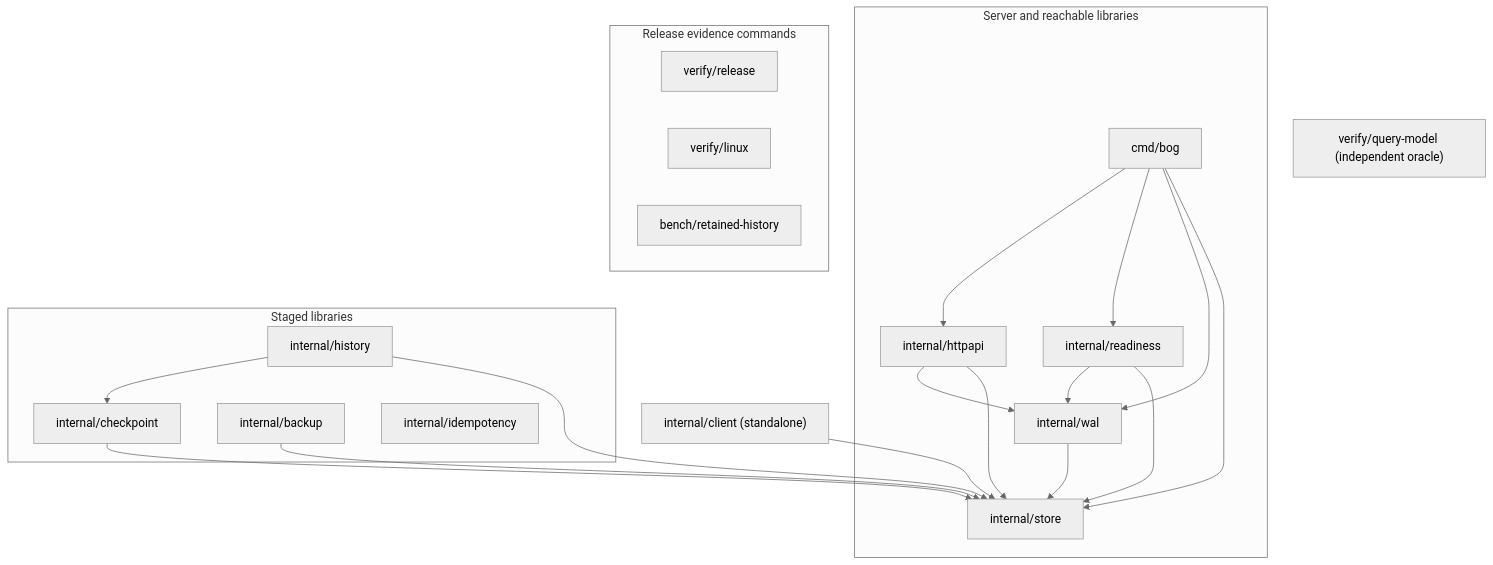
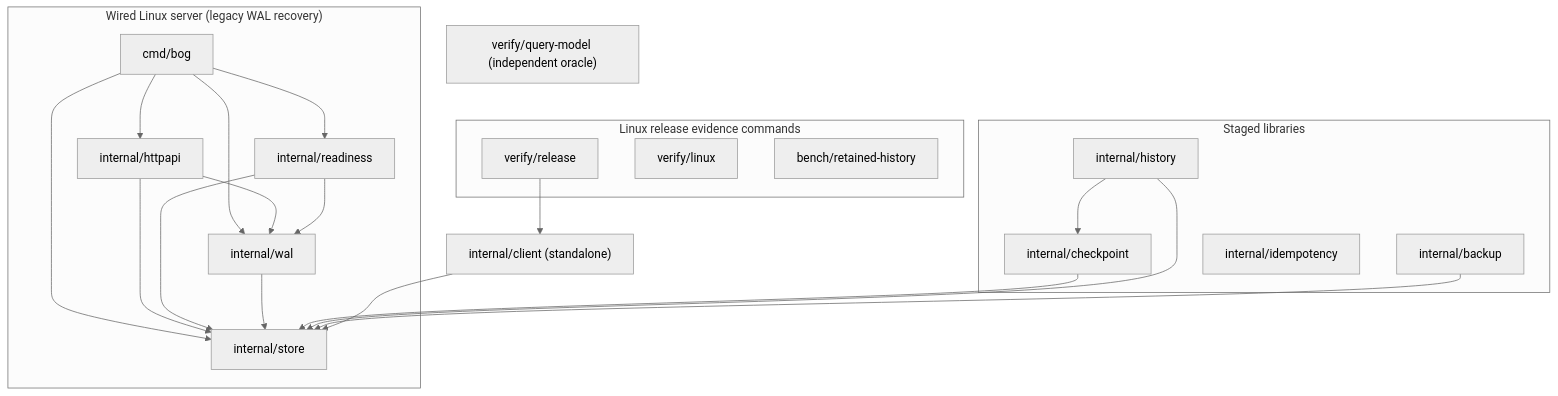
One commit to tflynn3/bog changed the diagram in docs/architecture/SYSTEM.md. Above: the diagram before and after it, drawn with Mermaid (neutral theme). The commit also changed other lines of this file and 8 other files, not shown here.

Commit message:
bog: Land the composed runtime graph and executable boundary checks

````diff
--- a/docs/architecture/SYSTEM.md
+++ b/docs/architecture/SYSTEM.md
@@ -24,37 +24,38 @@
 ```mermaid
 flowchart TD
-    subgraph Runtime["Server and reachable libraries"]
+    subgraph Runtime["Wired Linux server (legacy WAL recovery)"]
         Cmd["cmd/bog"]
         HTTP["internal/httpapi"]
         Ready["internal/readiness"]
         WAL["internal/wal"]
         Store["internal/store"]
         Cmd --> HTTP
         Cmd --> Ready
         Cmd --> WAL
         Cmd --> Store
         HTTP --> WAL
         HTTP --> Store
         Ready --> WAL
         Ready --> Store
         WAL --> Store
     end
     subgraph Staged["Staged libraries"]
         Checkpoint["internal/checkpoint"]
         History["internal/history"]
         Backup["internal/backup"]
         Idempotency["internal/idempotency"]
         History --> Checkpoint
     end
     Checkpoint --> Store
     History --> Store
     Backup --> Store
-    subgraph Evidence["Release evidence commands"]
+    subgraph Evidence["Linux release evidence commands"]
         Admission["verify/release"]
         Durability["verify/linux"]
         Capacity["bench/retained-history"]
     end
     Client["internal/client (standalone)"]
     Model["verify/query-model (independent oracle)"]
     Client --> Store
+    Admission --> Client
 ```
````
